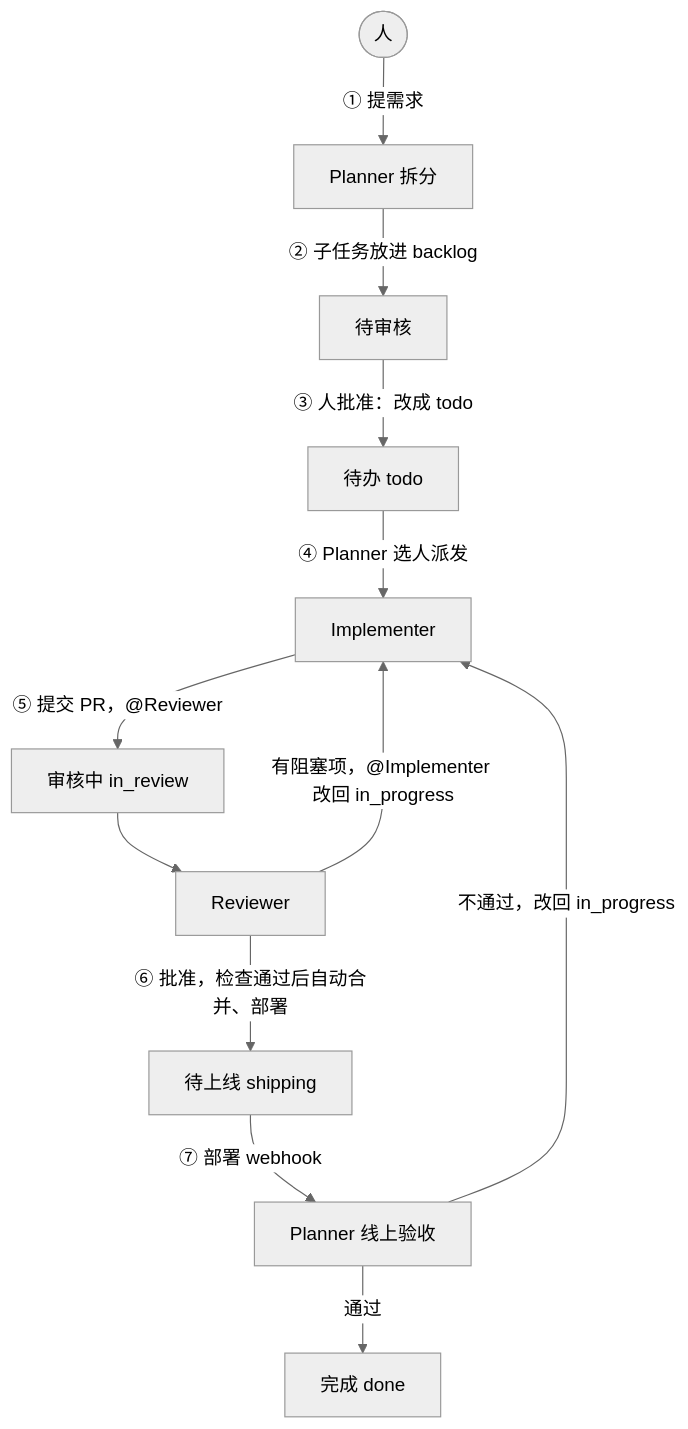
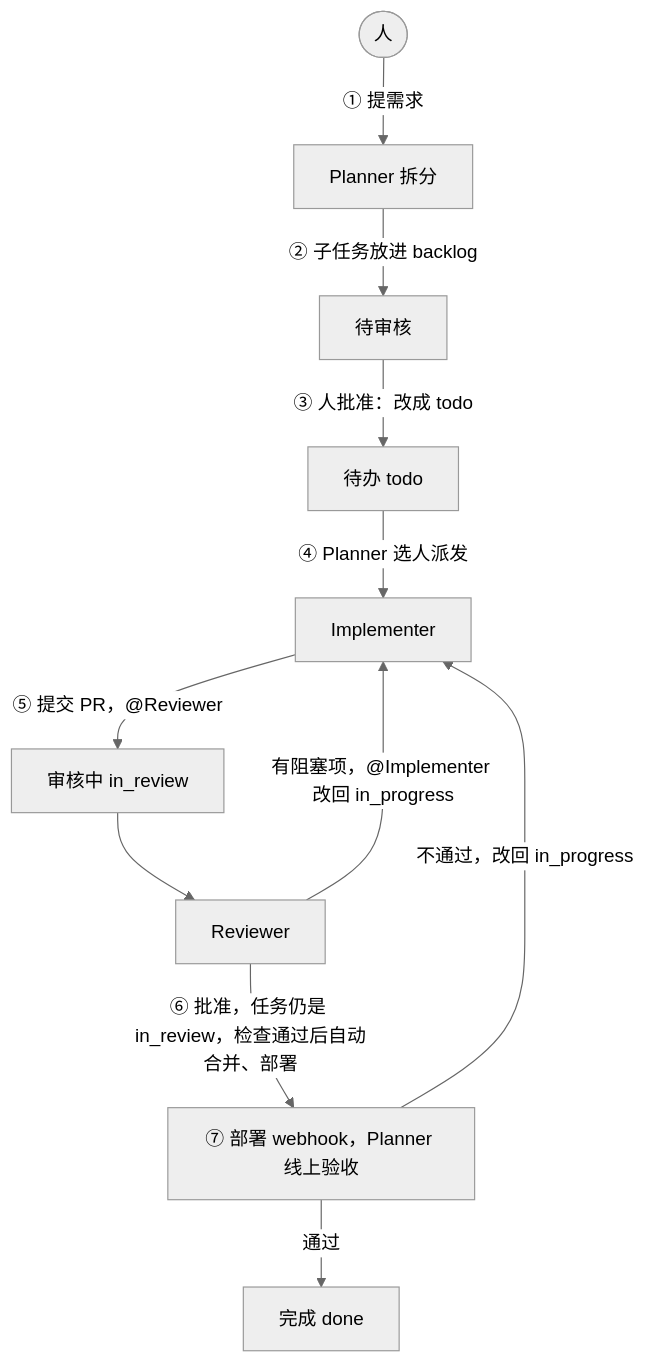
Before and after one commit to autoteam-ai/autoteam: the diagram in README.md, drawn with Mermaid (neutral theme). The commit also changed 9 other files, not shown here.

````diff
--- a/README.md
+++ b/README.md
@@ -11,14 +11,13 @@
 ```mermaid
 flowchart TD
     H(["人"]) -->|"① 提需求"| P1["Planner 拆分"]
     P1 -->|"② 子任务放进 backlog"| BL["待审核"]
     BL -->|"③ 人批准：改成 todo"| TODO["待办 todo"]
     TODO -->|"④ Planner 选人派发"| I["Implementer"]
     I -->|"⑤ 提交 PR，@Reviewer"| CR["审核中 in_review"]
     CR --> R["Reviewer"]
     R -->|"有阻塞项，@Implementer 改回 in_progress"| I
-    R -->|"⑥ 批准，检查通过后自动合并、部署"| SH["待上线 shipping"]
-    SH -->|"⑦ 部署 webhook"| P2["Planner 线上验收"]
+    R -->|"⑥ 批准，任务仍是 in_review，检查通过后自动合并、部署"| P2["⑦ 部署 webhook，Planner 线上验收"]
     P2 -->|"通过"| DONE["完成 done"]
     P2 -->|"不通过，改回 in_progress"| I
 ```
````
